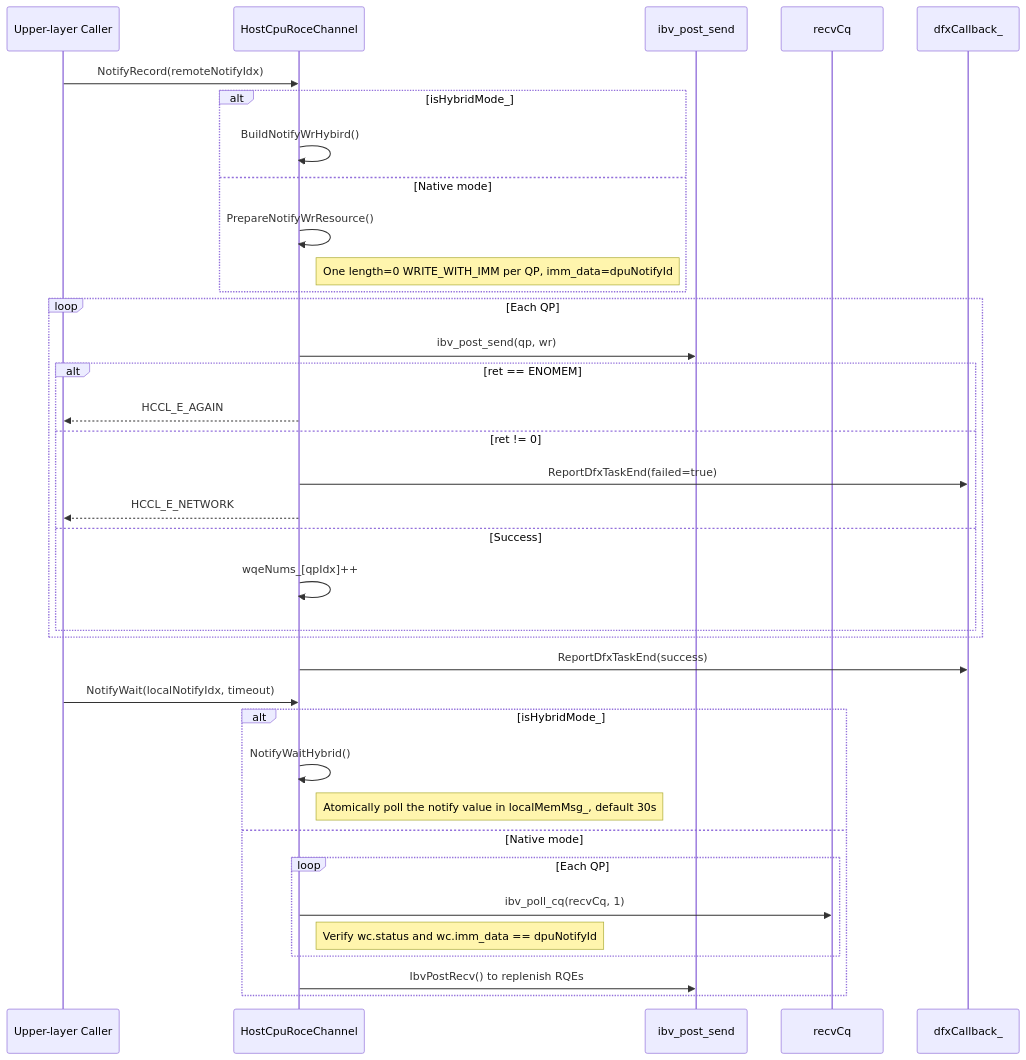
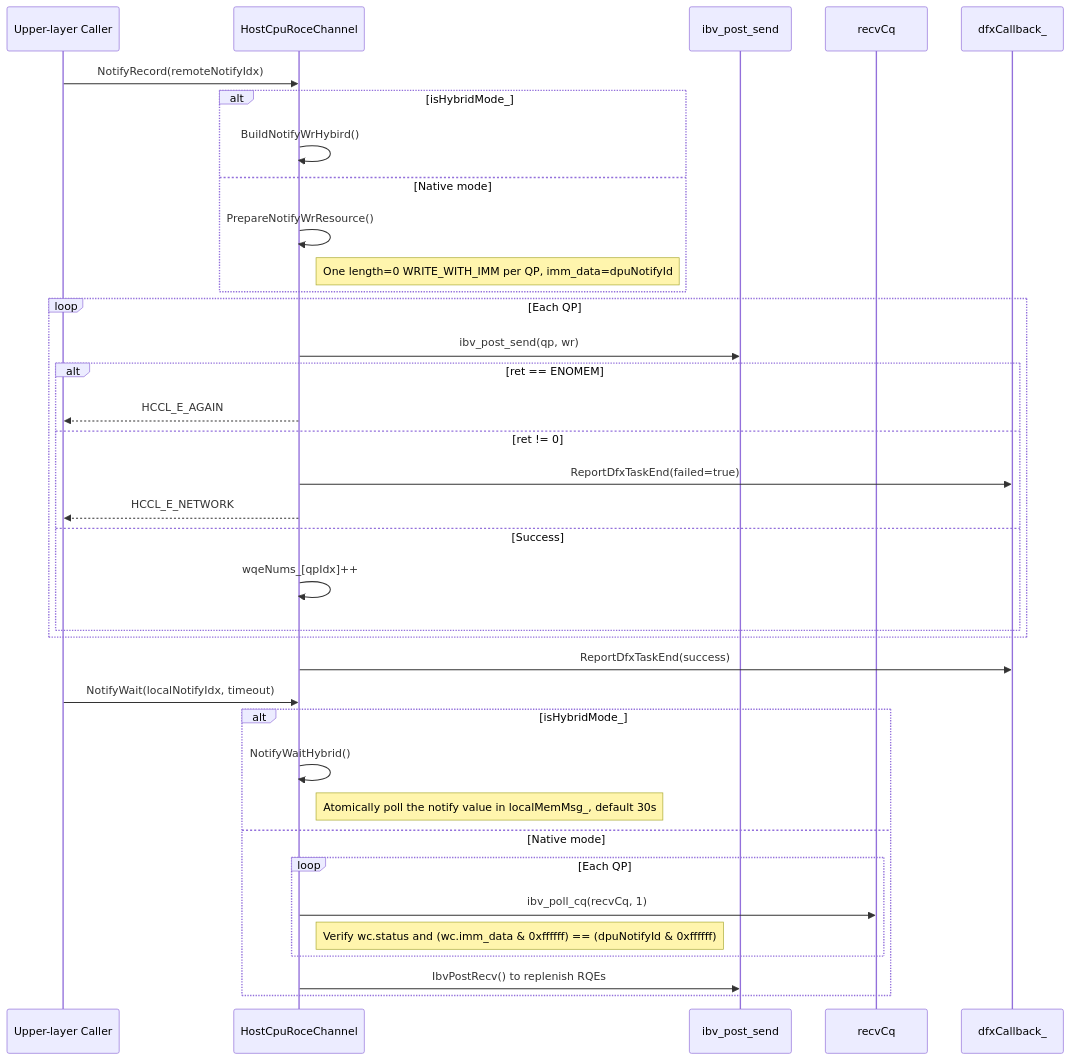
One commit to Atlas-Ascend-Fork/hcomm changed the sixth of 11 diagrams in src/base_comm/resources/endpoint_pairs/channels/host/host_en.md. Above: the diagram before and after it, drawn with Mermaid. The commit also changed other lines of this file and 28 other files, not shown here.

````diff
--- a/src/base_comm/resources/endpoint_pairs/channels/host/host_en.md
+++ b/src/base_comm/resources/endpoint_pairs/channels/host/host_en.md
@@ -243,40 +284,40 @@
 ```mermaid
 sequenceDiagram
     participant UP as Upper-layer Caller
     participant HR as HostCpuRoceChannel
     participant VB as ibv_post_send
     participant RCQ as recvCq
     participant DFX as dfxCallback_
 
     UP->>HR: NotifyRecord(remoteNotifyIdx)
     alt isHybridMode_
         HR->>HR: BuildNotifyWrHybird()
     else Native mode
         HR->>HR: PrepareNotifyWrResource()
         Note right of HR: One length=0 WRITE_WITH_IMM per QP, imm_data=dpuNotifyId
     end
     loop Each QP
         HR->>VB: ibv_post_send(qp, wr)
         alt ret == ENOMEM
             HR-->>UP: HCCL_E_AGAIN
         else ret != 0
             HR->>DFX: ReportDfxTaskEnd(failed=true)
             HR-->>UP: HCCL_E_NETWORK
         else Success
             HR->>HR: wqeNums_[qpIdx]++
         end
     end
     HR->>DFX: ReportDfxTaskEnd(success)
 
     UP->>HR: NotifyWait(localNotifyIdx, timeout)
     alt isHybridMode_
         HR->>HR: NotifyWaitHybrid()
         Note right of HR: Atomically poll the notify value in localMemMsg_, default 30s
     else Native mode
         loop Each QP
             HR->>RCQ: ibv_poll_cq(recvCq, 1)
-            Note right of HR: Verify wc.status and wc.imm_data == dpuNotifyId
+            Note right of HR: Verify wc.status and (wc.imm_data & 0xffffff) == (dpuNotifyId & 0xffffff)
         end
         HR->>VB: IbvPostRecv() to replenish RQEs
     end
 ```
````
